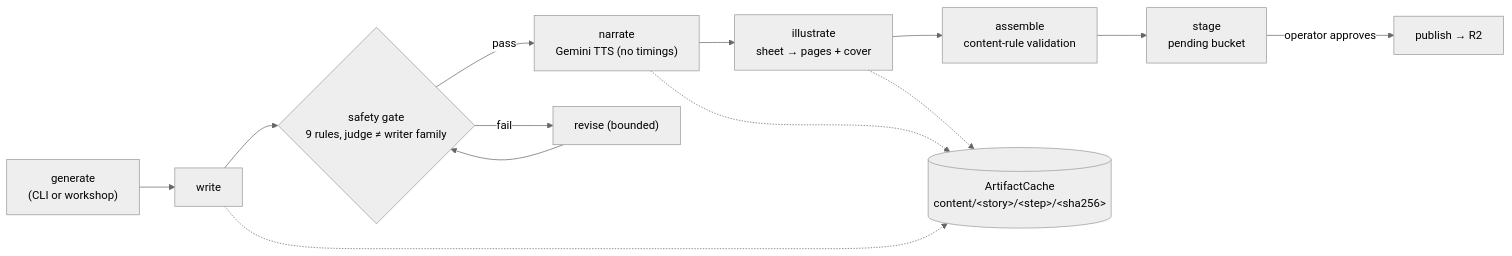
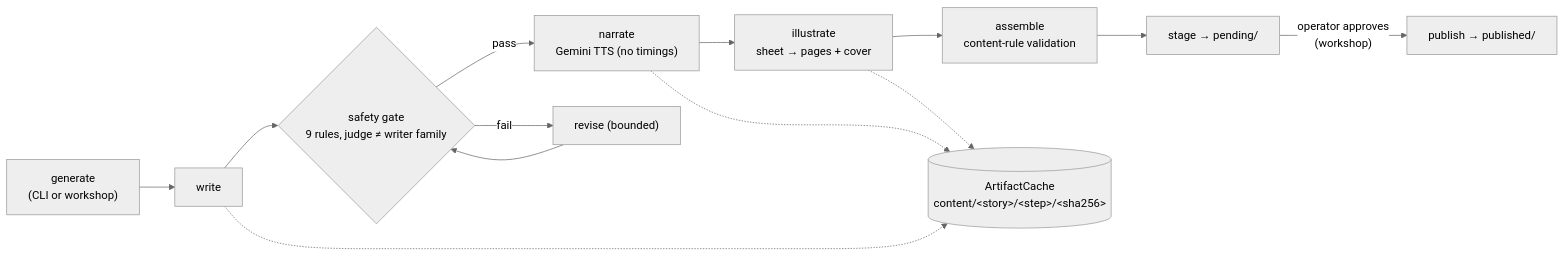
The sixth of 7 diagrams in docs/system-overview.md (darth-dodo/cantastorie), drawn with Mermaid (neutral theme) before and after one commit. The commit also changed other lines of this file, not shown here.

First line of the commit message:
docs(system-overview): cover workshop, Clerk parent auth, published proxy, observability (#66)

````diff
--- a/docs/system-overview.md
+++ b/docs/system-overview.md
@@ -176,17 +186,17 @@
 ```mermaid
 flowchart LR
     G["generate<br/>(CLI or workshop)"] --> W["write"]
     W --> SG{"safety gate<br/>9 rules, judge ≠ writer family"}
     SG -- pass --> N["narrate<br/>Gemini TTS (no timings)"]
     SG -- fail --> RV["revise (bounded)"]
     RV --> SG
     N --> I["illustrate<br/>sheet → pages + cover"]
     I --> A["assemble<br/>content-rule validation"]
-    A --> ST["stage<br/>pending bucket"]
-    ST -- "operator approves" --> PB["publish → R2"]
+    A --> ST["stage → pending/"]
+    ST -- "operator approves<br/>(workshop)" --> PB["publish → published/"]
 
     Cache[("ArtifactCache<br/>content/&lt;story&gt;/&lt;step&gt;/&lt;sha256&gt;")]
     W -.-> Cache
     N -.-> Cache
     I -.-> Cache
 ```
````
